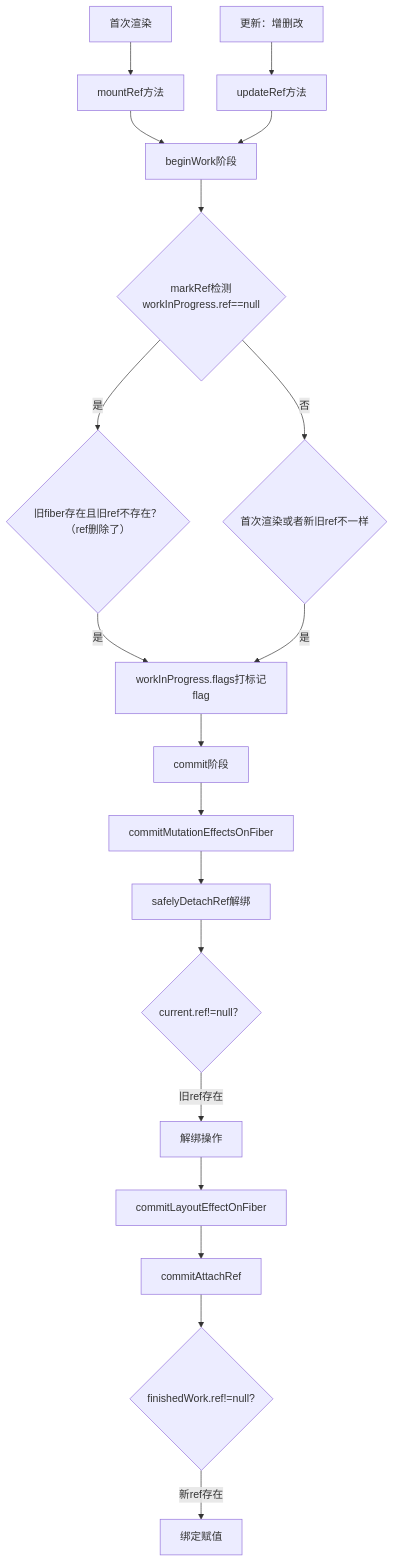
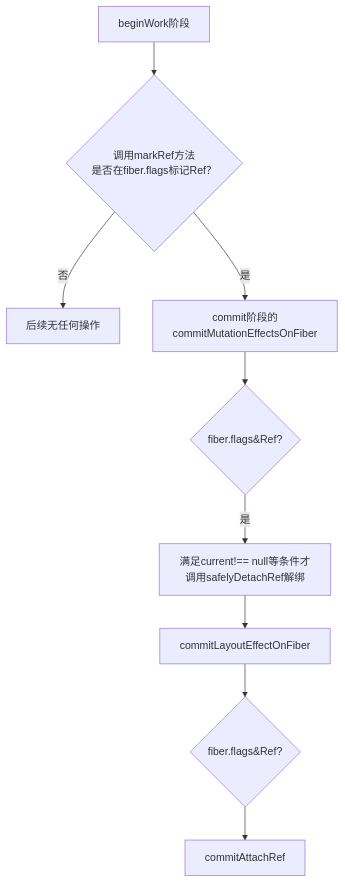
One commit to Jinuss/blog changed the diagram in docs/《React源码》笔记/React-reconciler/hooks/01.useRef.md. Above: the diagram before and after it, drawn with Mermaid. The commit also changed other lines of this file and 6 other files, not shown here.

````diff
--- a/docs/《React源码》笔记/React-reconciler/hooks/01.useRef.md
+++ b/docs/《React源码》笔记/React-reconciler/hooks/01.useRef.md
@@ -24,22 +59,11 @@
 ```mermaid
 flowchart TD
-A["首次渲染"]-->B[mountRef方法]
-1[更新：增删改]-->2[updateRef方法]
-B -->C[beginWork阶段]
-2 -->C
-C -->D{markRef检测
-workInProgress.ref==null}
-D--是-->3{旧fiber存在且旧ref不存在？（ref删除了）}
-3 --是-->E
-D --否-->4{首次渲染或者新旧ref不一样}
-4 --是-->E[workInProgress.flags打标记flag]
-E -->F[commit阶段]
-F -->G[commitMutationEffectsOnFiber]
-G -->H[safelyDetachRef解绑]
-H -->I{current.ref!=null？}
-I --旧ref存在-->J[解绑操作]
-J-->K[commitLayoutEffectOnFiber]
-K -->L[commitAttachRef]
-L -->M{finishedWork.ref!=null?}
-M --新ref存在-->N[绑定赋值]
+1[beginWork阶段] -->2{调用markRef方法\n是否在fiber.flags标记Ref？}
+2--否-->3[后续无任何操作]
+2 --是-->4[commit阶段的commitMutationEffectsOnFiber]
+4-->5{fiber.flags&Ref?}
+5 --是-->6[满足current!== null等条件才调用safelyDetachRef解绑]
+6-->7[commitLayoutEffectOnFiber]
+7-->8{fiber.flags&Ref?}
+8-->9[commitAttachRef]
 ```
````
